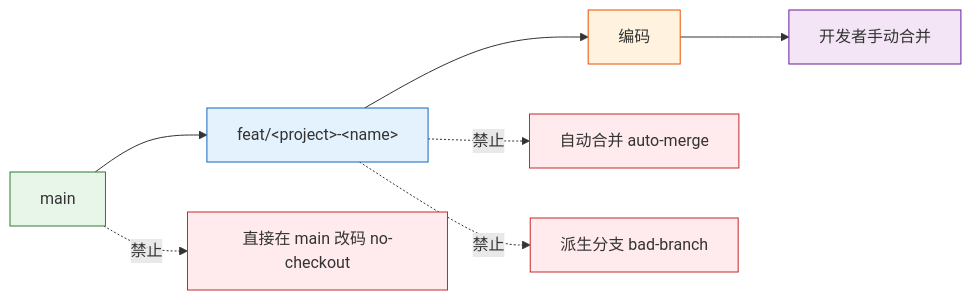
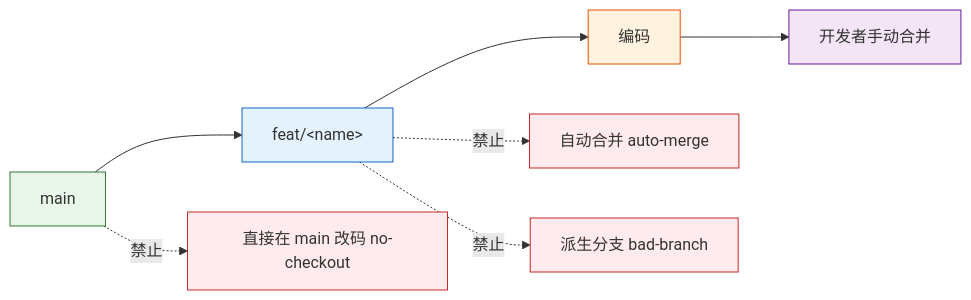
Before and after one commit to effiy/YrY: the second of 9 diagrams in rules/code-pipeline.md, drawn with Mermaid. The commit also changed other lines of this file and 22 other files, not shown here.

````diff
--- a/rules/code-pipeline.md
+++ b/rules/code-pipeline.md
@@ -56,15 +56,15 @@
 ```mermaid
 flowchart LR
-    MAIN["main"]:::base --> FB["feat/&lt;project&gt;-&lt;name&gt;"]:::feat
+    MAIN["main"]:::base --> FB["feat/&lt;name&gt;"]:::feat
     FB --> CODE["编码"]:::work
     CODE --> MR["开发者手动合并"]:::manual
     FB -.->|"禁止"| X1["自动合并 auto-merge"]:::block
     MAIN -.->|"禁止"| X2["直接在 main 改码 no-checkout"]:::block
     FB -.->|"禁止"| X3["派生分支 bad-branch"]:::block
 
     classDef base fill:#e8f5e9,stroke:#2e7d32;
     classDef feat fill:#e3f2fd,stroke:#1565c0;
     classDef work fill:#fff3e0,stroke:#e65100;
     classDef manual fill:#f3e5f5,stroke:#6a1b9a;
     classDef block fill:#ffebee,stroke:#c62828;
 ```
````
